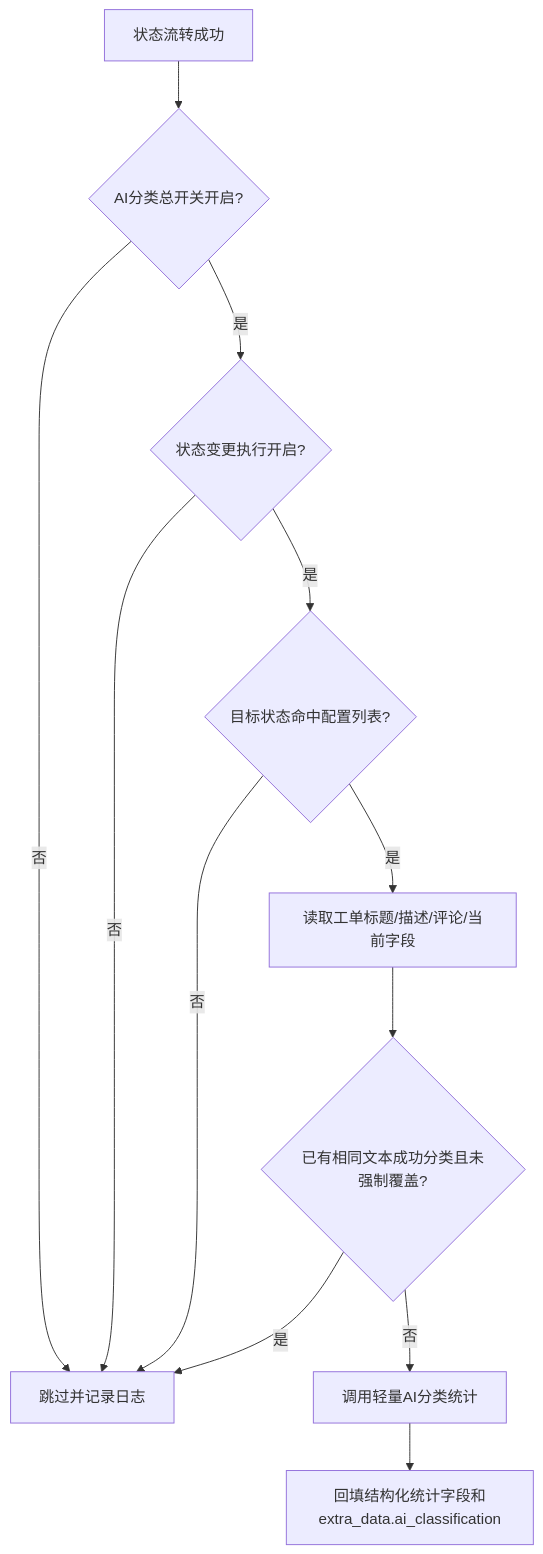
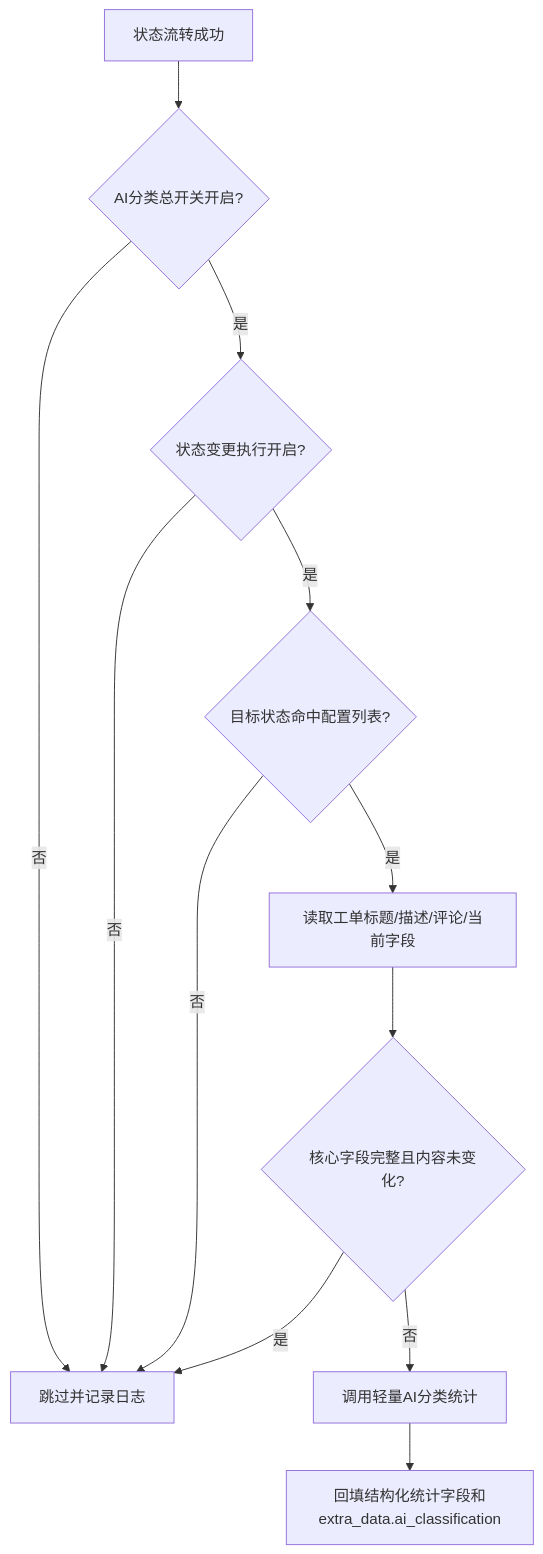
The diagram in web/public/docs/2026-06-28-ticket-ai-classification-status-trigger.md (diaodeng/ApiTestPlatform), drawn with Mermaid before and after one commit. The commit also changed other lines of this file and 3 other files, not shown here.

````diff
--- a/web/public/docs/2026-06-28-ticket-ai-classification-status-trigger.md
+++ b/web/public/docs/2026-06-28-ticket-ai-classification-status-trigger.md
@@ -24,14 +25,14 @@
 ```mermaid
 flowchart TD
   A[状态流转成功] --> B{AI分类总开关开启?}
   B -- 否 --> Z[跳过并记录日志]
   B -- 是 --> C{状态变更执行开启?}
   C -- 否 --> Z
   C -- 是 --> D{目标状态命中配置列表?}
   D -- 否 --> Z
   D -- 是 --> E[读取工单标题/描述/评论/当前字段]
-  E --> F{已有相同文本成功分类且未强制覆盖?}
+  E --> F{核心字段完整且内容未变化?}
   F -- 是 --> Z
   F -- 否 --> G[调用轻量AI分类统计]
   G --> H[回填结构化统计字段和extra_data.ai_classification]
 ```
````
